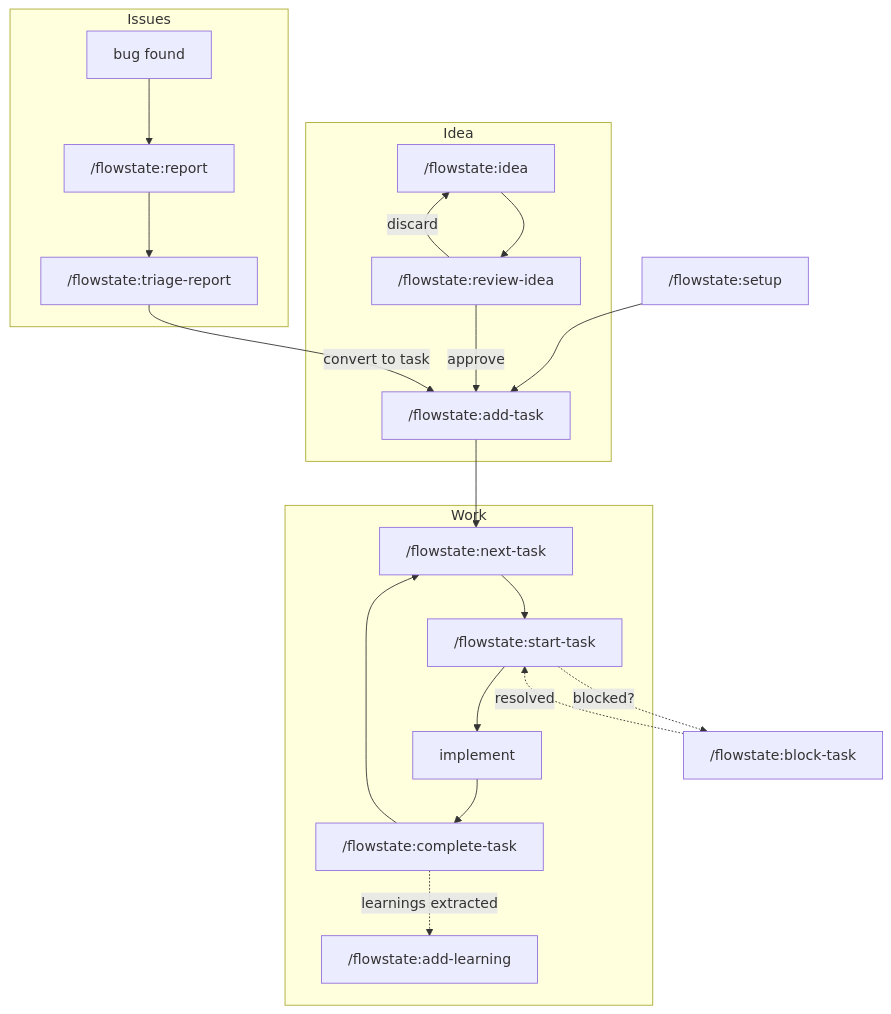
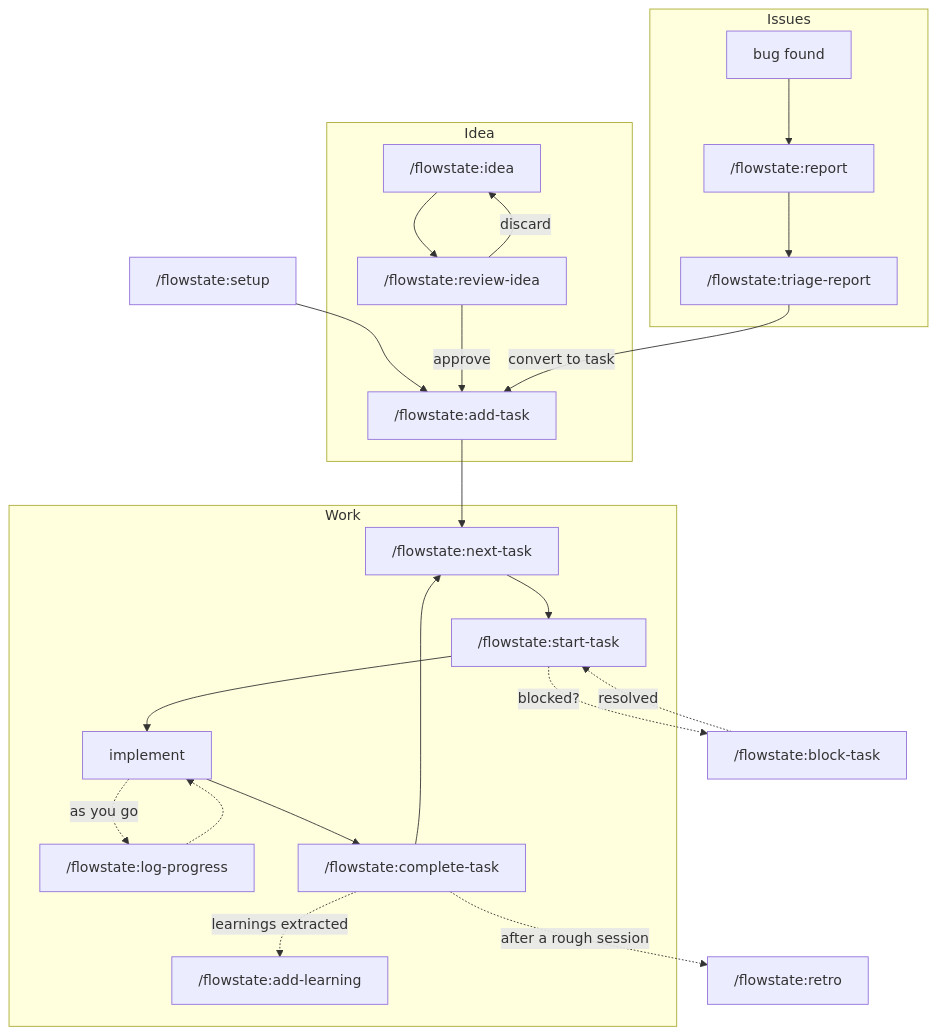
One commit to jmlweb/skills-monorepo changed the first of 5 diagrams in plugins/flowstate/README.md. Above: the diagram before and after it, drawn with Mermaid. The commit also changed other lines of this file and 3 other files, not shown here.

Commit message:
docs: refresh READMEs with skill flows, diagrams and current command lists

````diff
--- a/plugins/flowstate/README.md
+++ b/plugins/flowstate/README.md
@@ -211,28 +237,31 @@
 ```mermaid
 flowchart TD
     INIT["/flowstate:setup"] --> ADD
 
     subgraph Idea
         PLAN["/flowstate:idea"] --> REVIEW["/flowstate:review-idea"]
         REVIEW -- approve --> ADD
         REVIEW -- discard --> PLAN
     end
 
     subgraph Work
         ADD["/flowstate:add-task"] --> NEXT["/flowstate:next-task"]
         NEXT --> START["/flowstate:start-task"]
         START --> IMPL["implement"]
+        IMPL -. "as you go" .-> LOG["/flowstate:log-progress"]
+        LOG -.-> IMPL
         IMPL --> DONE["/flowstate:complete-task"]
         DONE -. "learnings extracted" .-> LEARN["/flowstate:add-learning"]
         DONE --> NEXT
     end
 
     subgraph Issues
         BUG["bug found"] --> REPORT["/flowstate:report"]
         REPORT --> TRIAGE["/flowstate:triage-report"]
         TRIAGE -- "convert to task" --> ADD
     end
 
+    DONE -. "after a rough session" .-> RETRO["/flowstate:retro"]
     START -. "blocked?" .-> BLOCK["/flowstate:block-task"]
     BLOCK -. "resolved" .-> START
 ```
````
